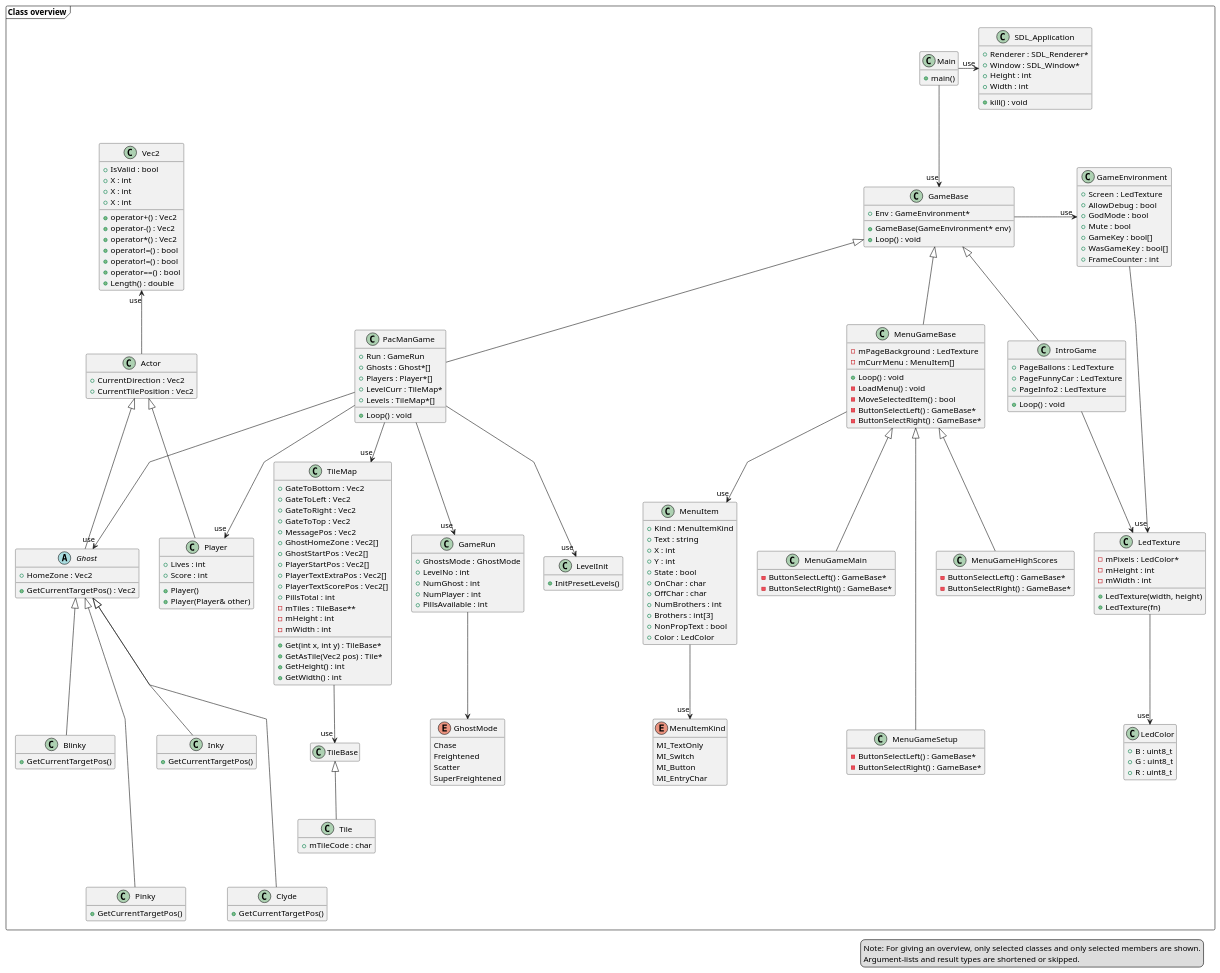
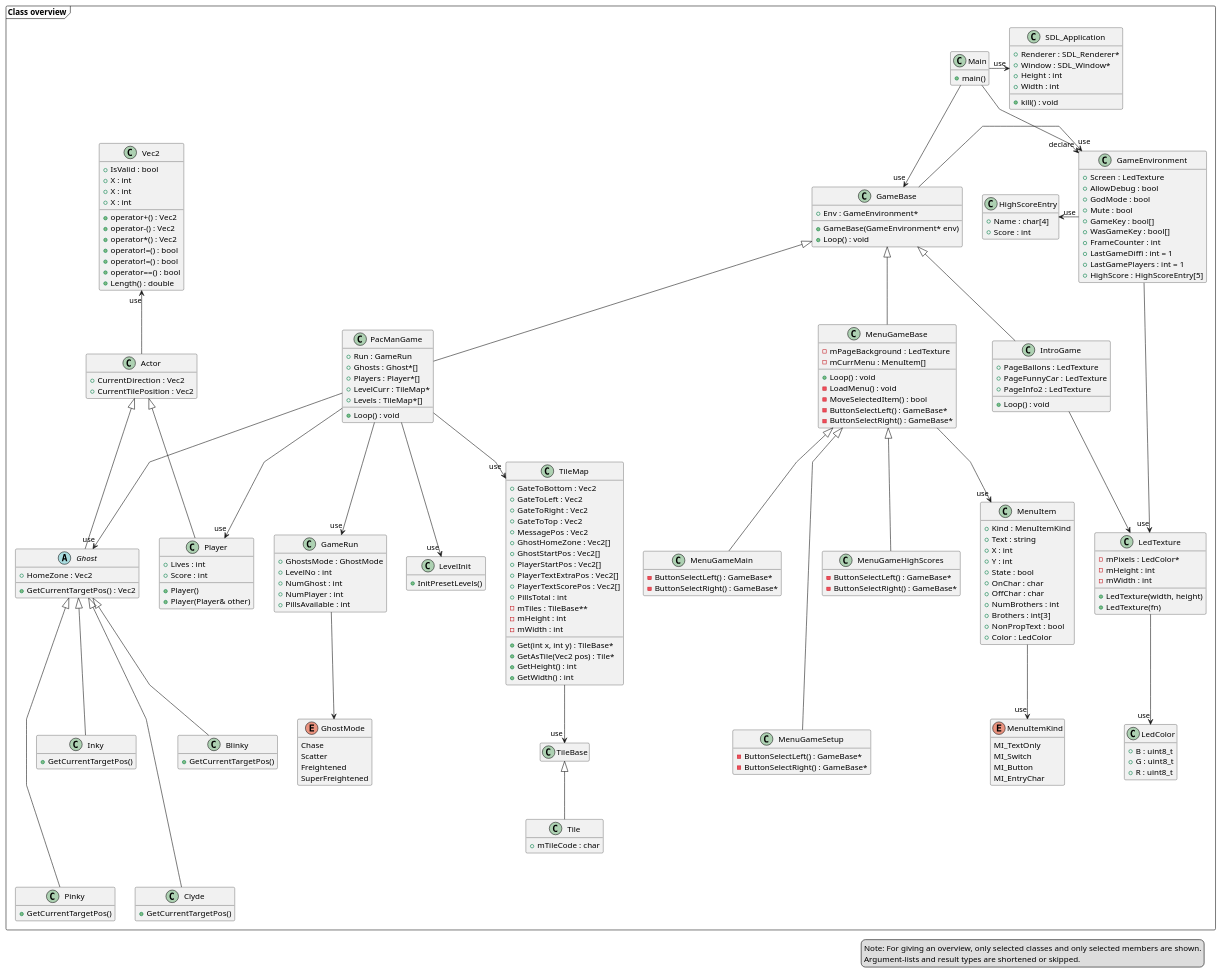
One commit to MichaelHoffmeisterFesto/led-pong changed the diagram in UML/ClassOverview.puml. Above: the diagram before and after it, drawn with PlantUML. The commit also changed 9 other files, not shown here.

```diff
--- a/UML/ClassOverview.puml
+++ b/UML/ClassOverview.puml
@@ -1,4 +1,4 @@
-@startuml Class overview
+@startuml Class_overview
 
 hide empty members
 skinparam linetype polyline
@@ -27,9 +27,19 @@
 		+GameKey : bool[]
 		+WasGameKey : bool[]
 		+FrameCounter : int
+		+LastGameDiffi : int = 1
+		+LastGamePlayers : int = 1
+		+HighScore : HighScoreEntry[5]
 	}
 
-	' Main --> "use" GameEnvironment
+	class HighScoreEntry {
+		+Name : char[4]
+		+Score : int
+	}
+
+	GameEnvironment -left-> "use" HighScoreEntry
+
+	Main -left-> "declare" GameEnvironment
 
 	class GameBase {
 		+GameBase(GameEnvironment* env)
@@ -43,8 +53,8 @@
 
 	enum GhostMode {
 		Chase
+		Scatter
 		Freightened
-		Scatter
 		SuperFreightened
 	}
 
```
